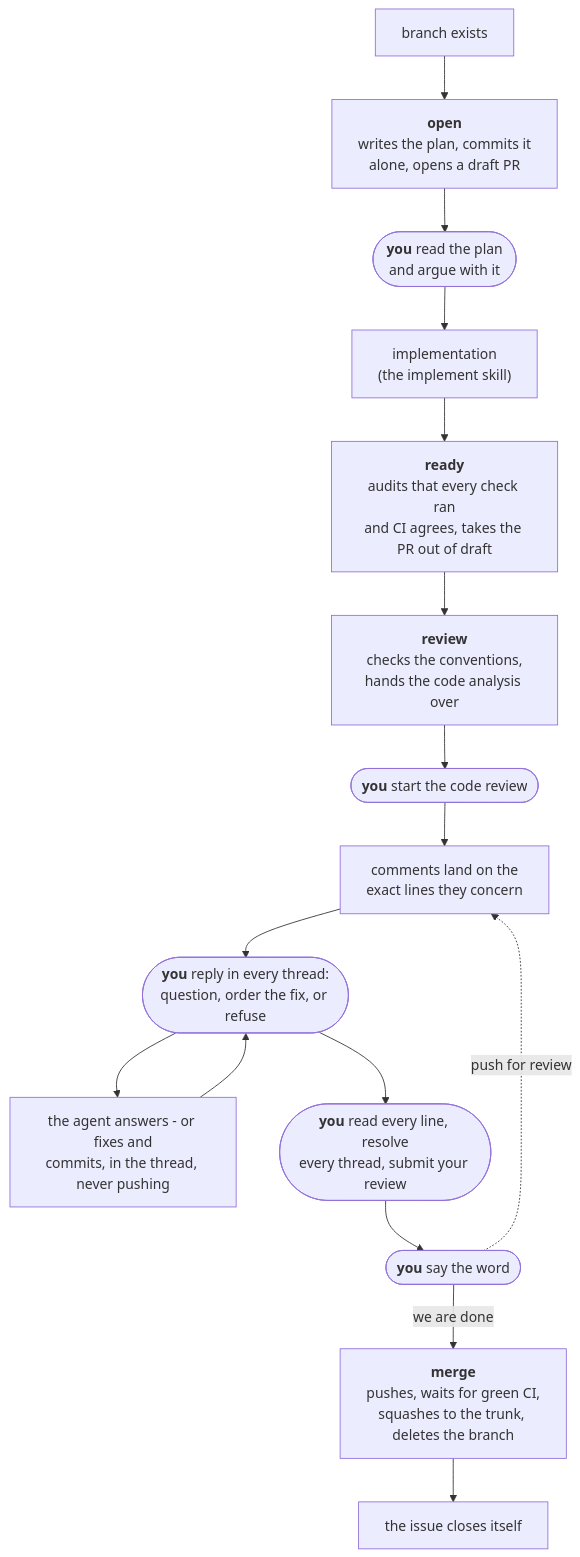
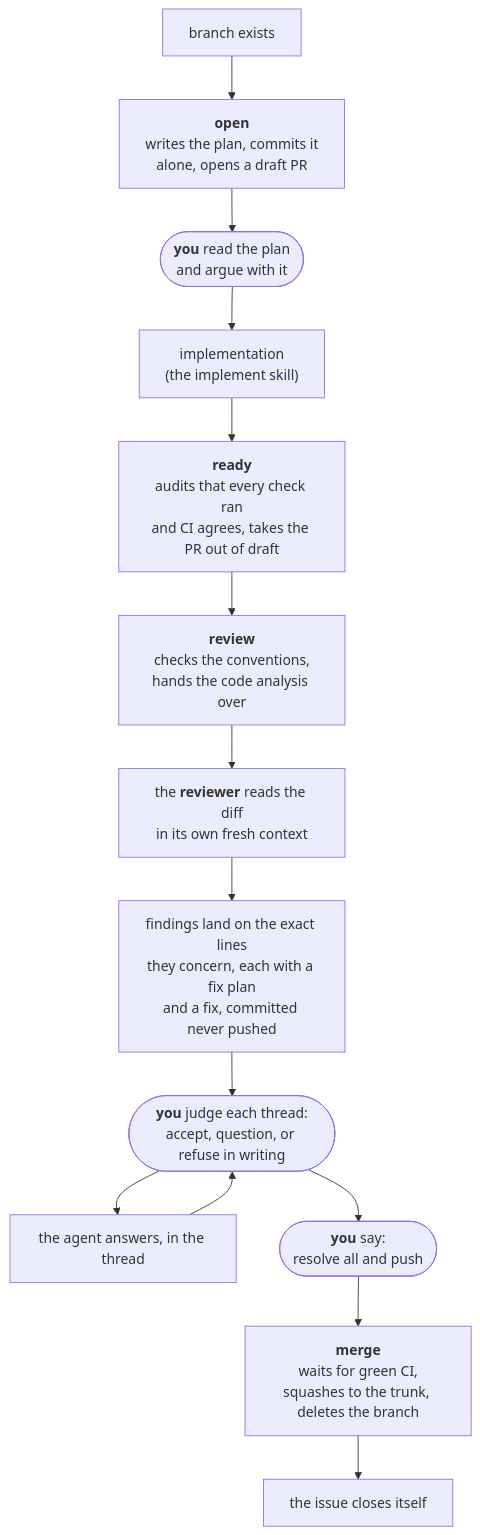
Before and after one commit to izkreny/agentifico: the diagram in plugins/gh-solo/skills/pr-flow/README.md, drawn with Mermaid. The commit also changed other lines of this file and 33 other files, not shown here.

First line of the commit message:
feat!: rebuild the review round around a shipped reviewer (#1)

````diff
--- a/plugins/gh-solo/skills/pr-flow/README.md
+++ b/plugins/gh-solo/skills/pr-flow/README.md
@@ -13,18 +13,16 @@
 ```mermaid
 flowchart TD
     A["branch exists"] --> B["<b>open</b><br/>writes the plan, commits it<br/>alone, opens a draft PR"]
     B --> STOP(["<b>you</b> read the plan<br/>and argue with it"])
     STOP --> C["implementation<br/>(the implement skill)"]
     C --> D["<b>ready</b><br/>audits that every check ran<br/>and CI agrees, takes the PR out of draft"]
     D --> E["<b>review</b><br/>checks the conventions,<br/>hands the code analysis over"]
-    E --> F(["<b>you</b> start the code review"])
-    F --> G["comments land on the<br/>exact lines they concern"]
-    G --> Q(["<b>you</b> reply in every thread:<br/>question, order the fix, or refuse"])
-    Q --> R["the agent answers - or fixes and<br/>commits, in the thread, never pushing"]
+    E --> F["the <b>reviewer</b> reads the diff<br/>in its own fresh context"]
+    F --> G["findings land on the exact lines<br/>they concern, each with a fix plan<br/>and a fix, committed never pushed"]
+    G --> Q(["<b>you</b> judge each thread:<br/>accept, question, or refuse in writing"])
+    Q --> R["the agent answers, in the thread"]
     R --> Q
-    Q --> H(["<b>you</b> read every line, resolve<br/>every thread, submit your review"])
-    H --> S(["<b>you</b> say the word"])
-    S -.->|"push for review"| G
-    S -->|"we are done"| J["<b>merge</b><br/>pushes, waits for green CI,<br/>squashes to the trunk, deletes the branch"]
+    Q --> S(["<b>you</b> say:<br/>resolve all and push"])
+    S --> J["<b>merge</b><br/>waits for green CI,<br/>squashes to the trunk, deletes the branch"]
     J --> K["the issue closes itself"]
 ```
````
